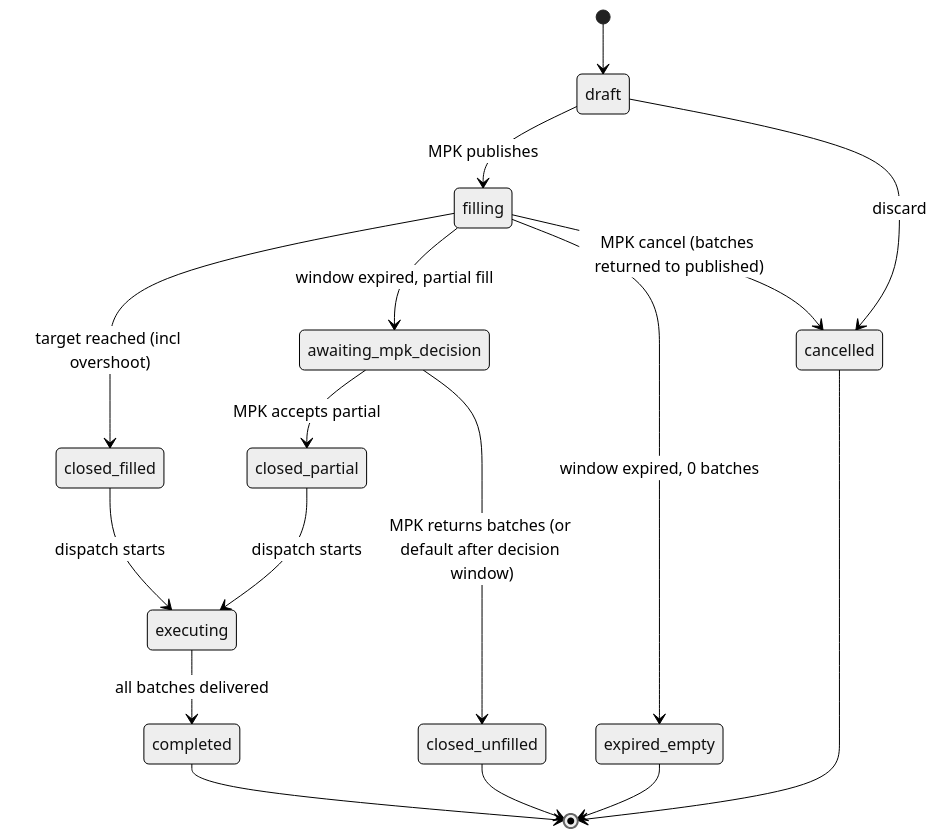
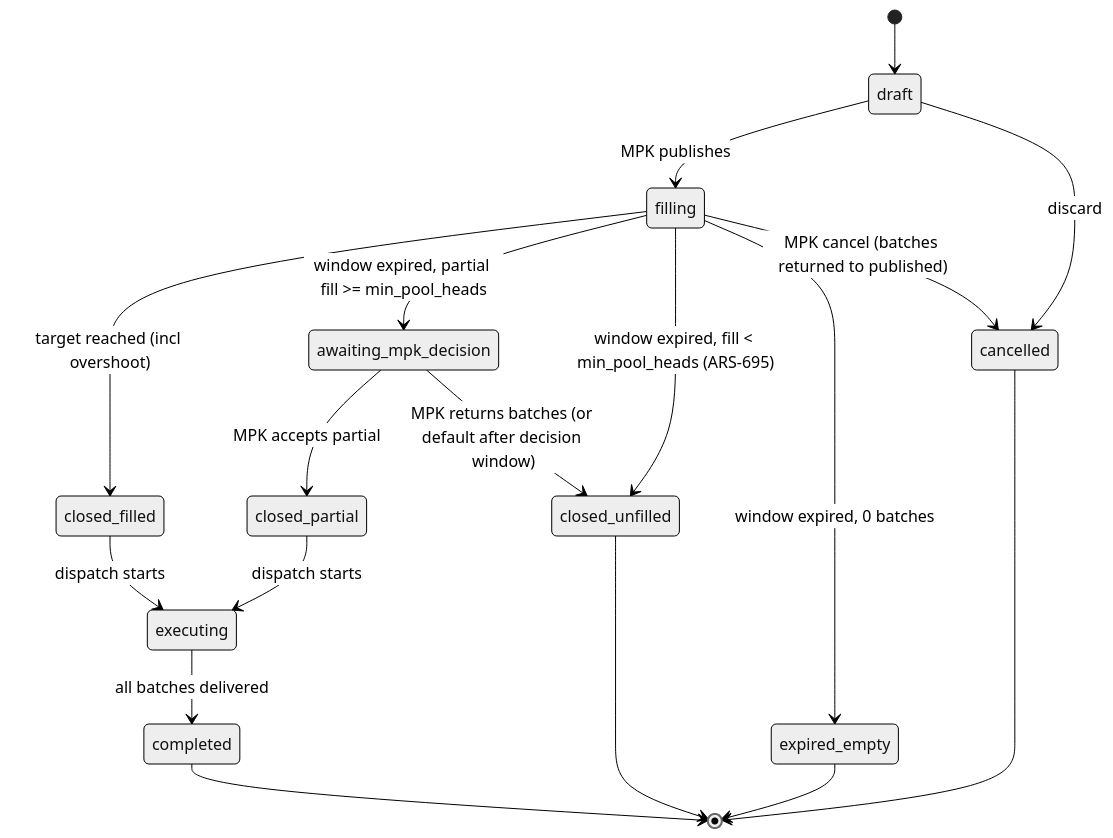
Before and after one commit to Zengi-Group/AgOS: the second of 3 diagrams in Docs/AGOS-TSP-Flow-Microsteps/AGOS-Microstep4-BatchPoolOffer-v1_0.md, drawn with Mermaid (neutral theme). The commit also changed other lines of this file and 26 other files, not shown here.

````diff
--- a/Docs/AGOS-TSP-Flow-Microsteps/AGOS-Microstep4-BatchPoolOffer-v1_0.md
+++ b/Docs/AGOS-TSP-Flow-Microsteps/AGOS-Microstep4-BatchPoolOffer-v1_0.md
@@ -352,24 +370,25 @@
 ```mermaid
 stateDiagram-v2
     [*] --> draft
     draft --> filling: MPK publishes
     draft --> cancelled: discard
 
     filling --> closed_filled: target reached (incl overshoot)
-    filling --> awaiting_mpk_decision: window expired, partial fill
+    filling --> awaiting_mpk_decision: window expired, partial fill >= min_pool_heads
+    filling --> closed_unfilled: window expired, fill < min_pool_heads (ARS-695)
     filling --> expired_empty: window expired, 0 batches
     filling --> cancelled: MPK cancel (batches returned to published)
 
     awaiting_mpk_decision --> closed_partial: MPK accepts partial
     awaiting_mpk_decision --> closed_unfilled: MPK returns batches (or default after decision window)
 
     closed_filled --> executing: dispatch starts
     closed_partial --> executing: dispatch starts
 
     executing --> completed: all batches delivered
 
     completed --> [*]
     closed_unfilled --> [*]
     expired_empty --> [*]
     cancelled --> [*]
 ```
````
